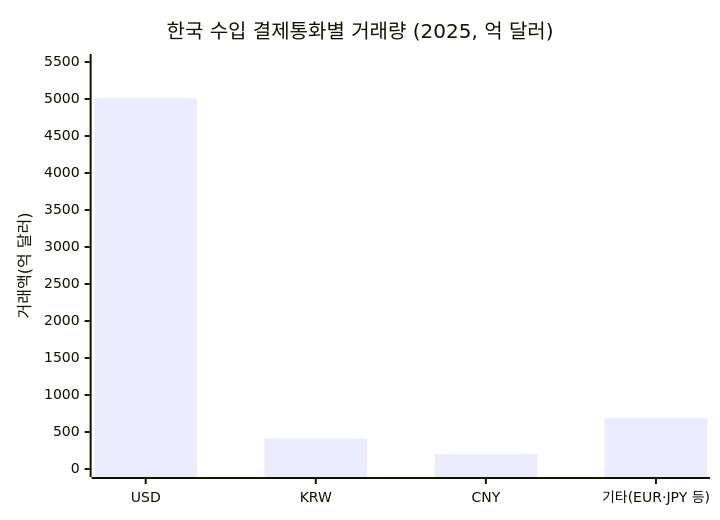
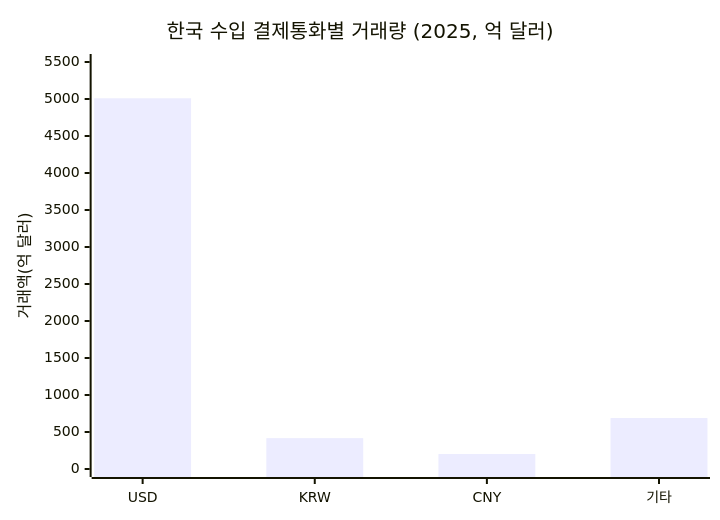
The fourth of 8 diagrams in 04_TAM-SAM-SOM_마켓세그먼트/05_5단계_정량적검증.md (jennie-brain/business-analysis-frameworks), drawn with Mermaid before and after one commit. The commit also changed other lines of this file and 2 other files, not shown here.

First line of the commit message:
mermaid 렌더링 오류 수정 및 파이차트를 막대차트로 교체

````diff
--- a/04_TAM-SAM-SOM_마켓세그먼트/05_5단계_정량적검증.md
+++ b/04_TAM-SAM-SOM_마켓세그먼트/05_5단계_정량적검증.md
@@ -65,7 +65,7 @@
 ```mermaid
 xychart-beta
     title "한국 수입 결제통화별 거래량 (2025, 억 달러)"
-    x-axis [USD, KRW, CNY, "기타(EUR·JPY 등)"]
+    x-axis ["USD", "KRW", "CNY", "기타"]
     y-axis "거래액(억 달러)" 0 --> 5500
     bar [5010, 417, 202, 689]
 ```
````
